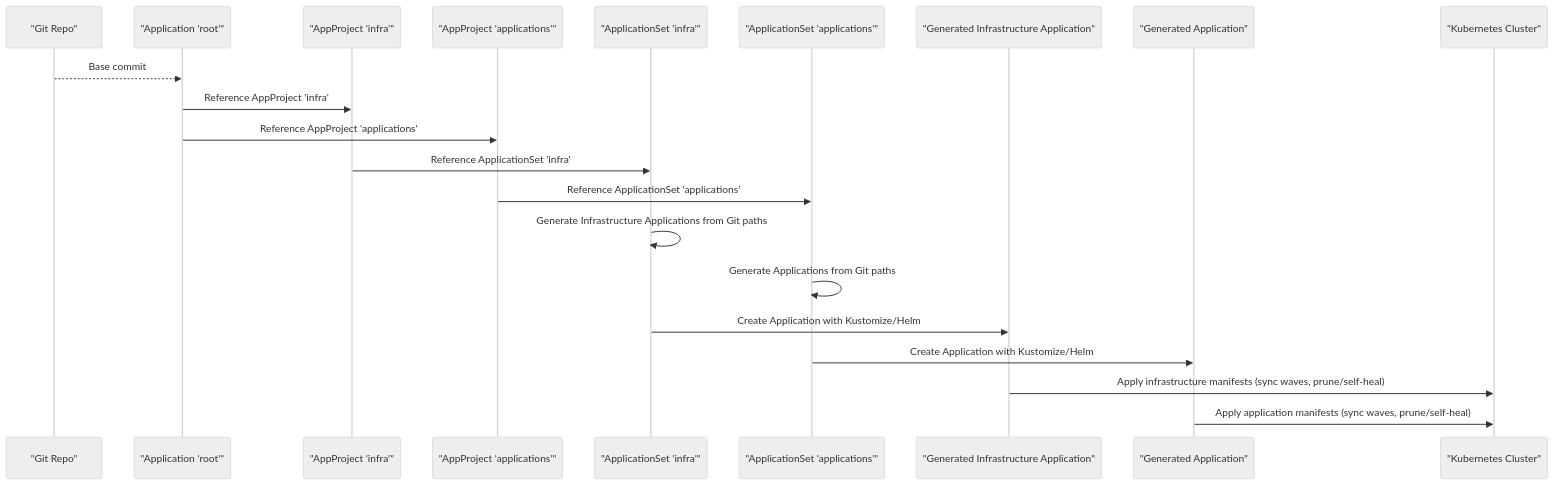
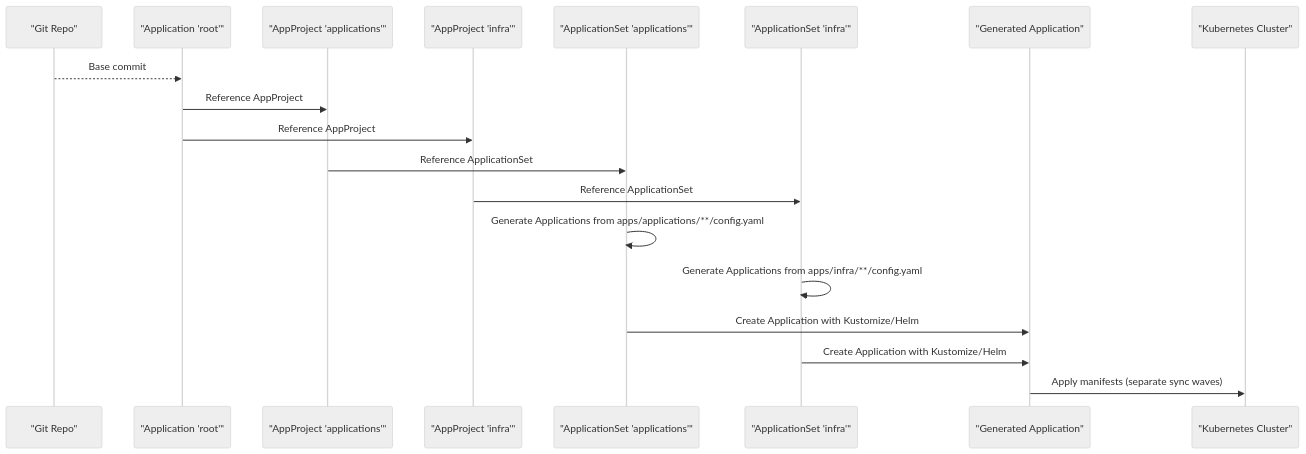
Before and after one commit to Hoangvu75/k8s_manifest: the fifth of 6 diagrams in .qoder/repowiki/en/content/Playground Applications/Playground Applications.md, drawn with Mermaid (neutral theme). The commit also changed other lines of this file and 31 other files, not shown here.

````diff
--- a/.qoder/repowiki/en/content/Playground Applications/Playground Applications.md
+++ b/.qoder/repowiki/en/content/Playground Applications/Playground Applications.md
@@ -243,23 +299,21 @@
 ```mermaid
 sequenceDiagram
 participant GitOps as "Git Repo"
 participant Root as "Application 'root'"
+participant AppsProj as "AppProject 'applications'"
 participant InfraProj as "AppProject 'infra'"
-participant AppsProj as "AppProject 'applications'"
+participant AppsAS as "ApplicationSet 'applications'"
 participant InfraAS as "ApplicationSet 'infra'"
-participant AppsAS as "ApplicationSet 'applications'"
-participant InfraApp as "Generated Infrastructure Application"
-participant AppsApp as "Generated Application"
+participant App as "Generated Application"
 participant K8s as "Kubernetes Cluster"
 GitOps-->>Root : Base commit
-Root->>InfraProj : Reference AppProject 'infra'
-Root->>AppsProj : Reference AppProject 'applications'
-InfraProj->>InfraAS : Reference ApplicationSet 'infra'
-AppsProj->>AppsAS : Reference ApplicationSet 'applications'
-InfraAS->>InfraAS : Generate Infrastructure Applications from Git paths
-AppsAS->>AppsAS : Generate Applications from Git paths
-InfraAS->>InfraApp : Create Application with Kustomize/Helm
-AppsAS->>AppsApp : Create Application with Kustomize/Helm
-InfraApp->>K8s : Apply infrastructure manifests (sync waves, prune/self-heal)
-AppsApp->>K8s : Apply application manifests (sync waves, prune/self-heal)
+Root->>AppsProj : Reference AppProject
+Root->>InfraProj : Reference AppProject
+AppsProj->>AppsAS : Reference ApplicationSet
+InfraProj->>InfraAS : Reference ApplicationSet
+AppsAS->>AppsAS : Generate Applications from apps/applications/**/config.yaml
+InfraAS->>InfraAS : Generate Applications from apps/infra/**/config.yaml
+AppsAS->>App : Create Application with Kustomize/Helm
+InfraAS->>App : Create Application with Kustomize/Helm
+App->>K8s : Apply manifests (separate sync waves)
 ```
````
